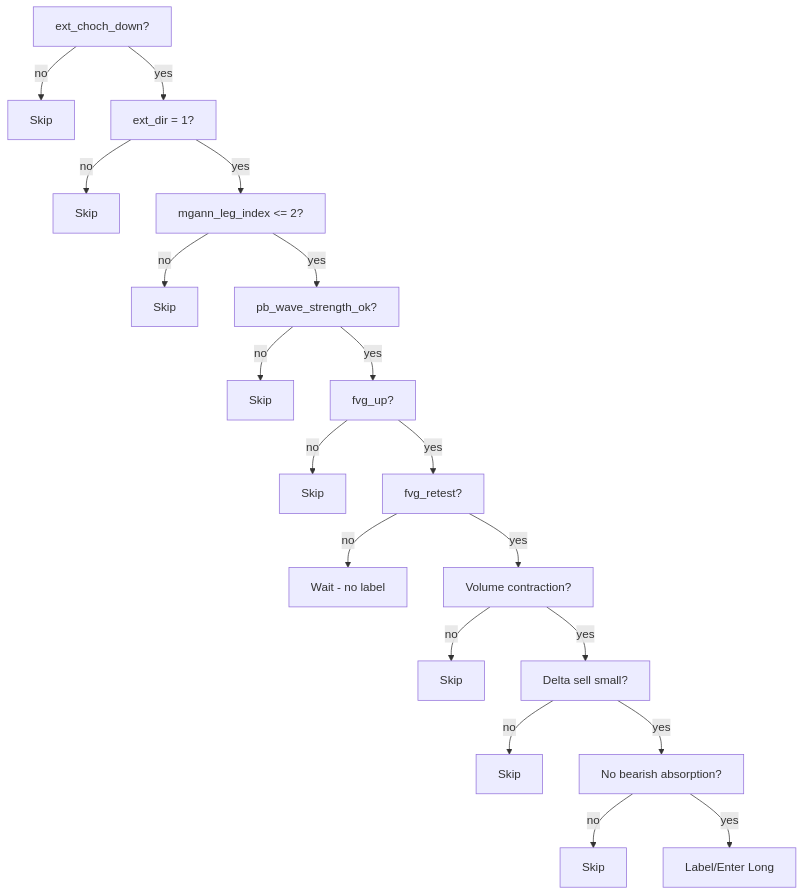
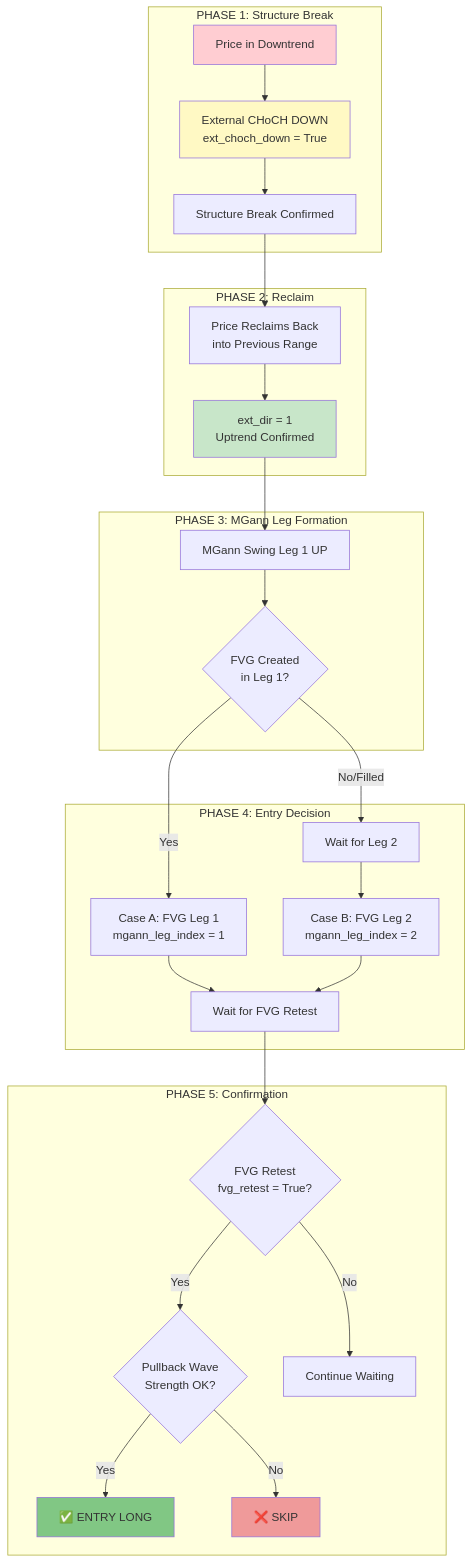
One commit to copcon121/plantrainAI changed the first of 5 diagrams in docs/SMC_Strategy_Long_v1.md. Above: the diagram before and after it, drawn with Mermaid. The commit also changed other lines of this file and 6 other files, not shown here.

First line of the commit message:
docs: Add comprehensive Mermaid diagrams for Layer Architecture V3

````diff
--- a/docs/SMC_Strategy_Long_v1.md
+++ b/docs/SMC_Strategy_Long_v1.md
@@ -30,21 +26,39 @@
 ```mermaid
 flowchart TD
-    A[ext_choch_down?] -->|no| SKIP1[Skip]
-    A -->|yes| B[ext_dir = 1?]
-    B -->|no| SKIP2[Skip]
-    B -->|yes| C[mgann_leg_index <= 2?]
-    C -->|no| SKIP3[Skip]
-    C -->|yes| D[pb_wave_strength_ok?]
-    D -->|no| SKIP4[Skip]
-    D -->|yes| E[fvg_up?]
-    E -->|no| SKIP5[Skip]
-    E -->|yes| F[fvg_retest?]
-    F -->|no| WAIT[Wait - no label]
-    F -->|yes| G[Volume contraction?]
-    G -->|no| SKIP6[Skip]
-    G -->|yes| H[Delta sell small?]
-    H -->|no| SKIP7[Skip]
-    H -->|yes| I[No bearish absorption?]
-    I -->|no| SKIP8[Skip]
-    I -->|yes| L[Label/Enter Long]
+    subgraph Phase1["PHASE 1: Structure Break"]
+        A[Price in Downtrend] --> B[External CHoCH DOWN<br/>ext_choch_down = True]
+        B --> C[Structure Break Confirmed]
+    end
+
+    subgraph Phase2["PHASE 2: Reclaim"]
+        C --> D[Price Reclaims Back<br/>into Previous Range]
+        D --> E[ext_dir = 1<br/>Uptrend Confirmed]
+    end
+
+    subgraph Phase3["PHASE 3: MGann Leg Formation"]
+        E --> F[MGann Swing Leg 1 UP]
+        F --> G{FVG Created<br/>in Leg 1?}
+    end
+
+    subgraph Phase4["PHASE 4: Entry Decision"]
+        G -->|Yes| H[Case A: FVG Leg 1<br/>mgann_leg_index = 1]
+        G -->|No/Filled| I[Wait for Leg 2]
+        I --> J[Case B: FVG Leg 2<br/>mgann_leg_index = 2]
+        H --> K[Wait for FVG Retest]
+        J --> K
+    end
+
+    subgraph Phase5["PHASE 5: Confirmation"]
+        K --> L{FVG Retest<br/>fvg_retest = True?}
+        L -->|Yes| M{Pullback Wave<br/>Strength OK?}
+        L -->|No| N[Continue Waiting]
+        M -->|Yes| O[✅ ENTRY LONG]
+        M -->|No| P[❌ SKIP]
+    end
+
+    style A fill:#ffcdd2
+    style B fill:#fff9c4
+    style E fill:#c8e6c9
+    style O fill:#81c784
+    style P fill:#ef9a9a
 ```
````
